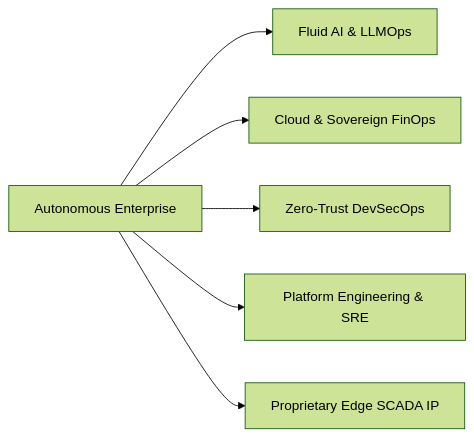
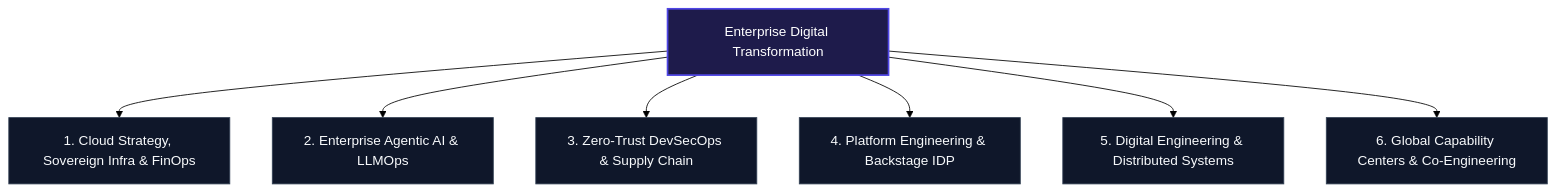
Before and after one commit to devopsinsiders/devopsinsiders: the diagram in README.md, drawn with Mermaid (forest theme). The commit also changed other lines of this file, not shown here.

````diff
--- a/README.md
+++ b/README.md
@@ -43,8 +95,12 @@
 ```mermaid
-flowchart LR
-    A[Autonomous Enterprise] --> B[Fluid AI & LLMOps]
-    A --> C[Cloud & Sovereign FinOps]
-    A --> D[Zero-Trust DevSecOps]
-    A --> E[Platform Engineering & SRE]
-    A --> F[Proprietary Edge SCADA IP]
+graph TD
+    classDef default fill:#0f172a,stroke:#334155,stroke-width:1px,color:#f8fafc;
+    classDef highlight fill:#1e1b4b,stroke:#4f46e5,stroke-width:2px,color:#ffffff;
+
+    EP[Enterprise Digital Transformation]:::highlight --> CS[1. Cloud Strategy, Sovereign Infra & FinOps]
+    EP --> AI[2. Enterprise Agentic AI & LLMOps]
+    EP --> SEC[3. Zero-Trust DevSecOps & Supply Chain]
+    EP --> PE[4. Platform Engineering & Backstage IDP]
+    EP --> DE[5. Digital Engineering & Distributed Systems]
+    EP --> GCC[6. Global Capability Centers & Co-Engineering]
 ```
````
